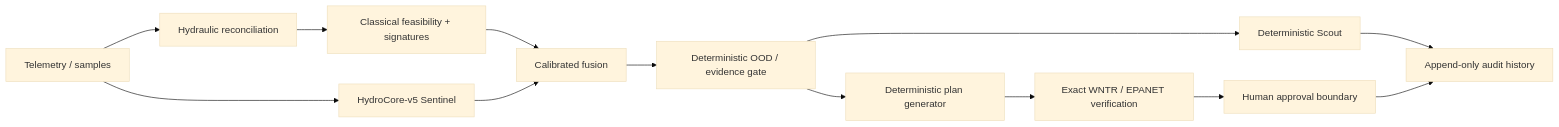
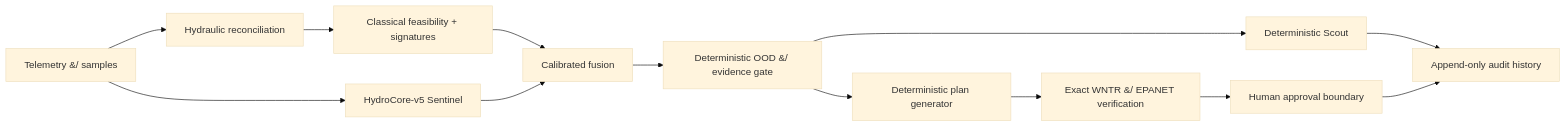
One commit to insightlabs38-pixel/HydroSwarm changed the diagram in README.md. Above: the diagram before and after it, drawn with Mermaid (base theme).

Commit message:
Update README.md
Fixed mermaid diagram issue

````diff
--- a/README.md
+++ b/README.md
@@ -25,15 +25,15 @@
 ```mermaid
 flowchart LR
-  O["Telemetry / samples"] --> R["Hydraulic reconciliation"]
+  O["Telemetry &#47; samples"] --> R["Hydraulic reconciliation"]
   R --> C["Classical feasibility + signatures"]
   O --> S["HydroCore-v5 Sentinel"]
   C --> F["Calibrated fusion"]
   S --> F
-  F --> D["Deterministic OOD / evidence gate"]
+  F --> D["Deterministic OOD &#47; evidence gate"]
   D --> Q["Deterministic Scout"]
   D --> P["Deterministic plan generator"]
-  P --> V["Exact WNTR / EPANET verification"]
+  P --> V["Exact WNTR &#47; EPANET verification"]
   V --> H["Human approval boundary"]
   Q --> E["Append-only audit history"]
   H --> E
 ```
````
